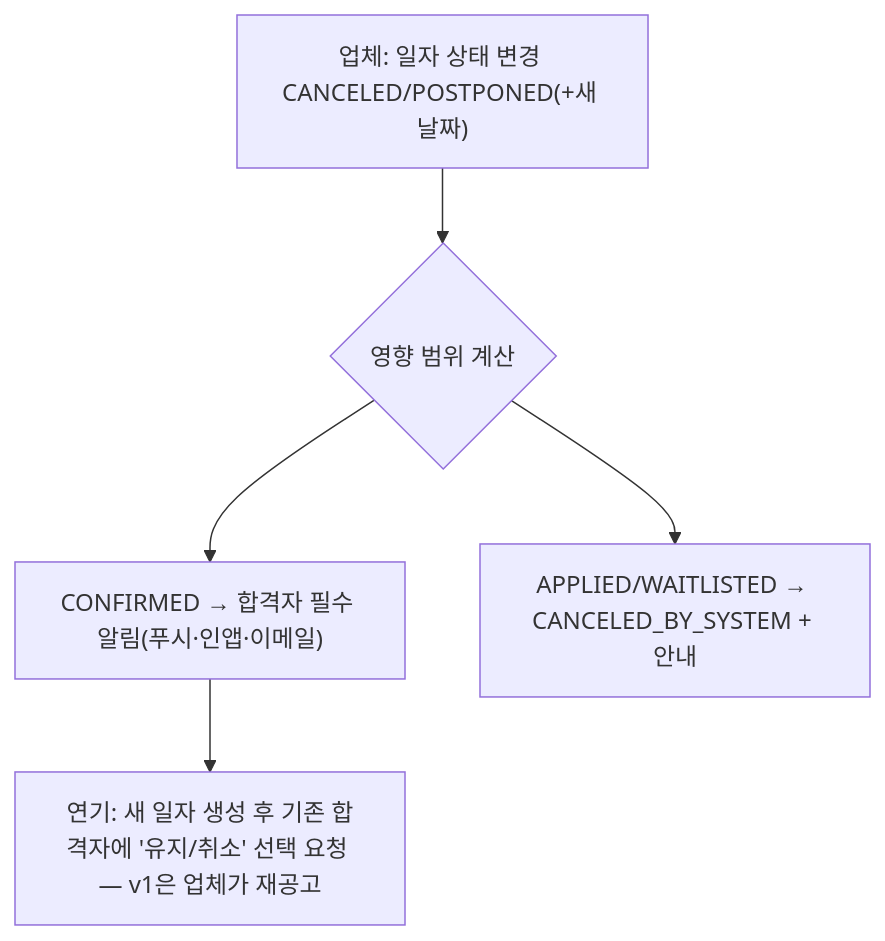
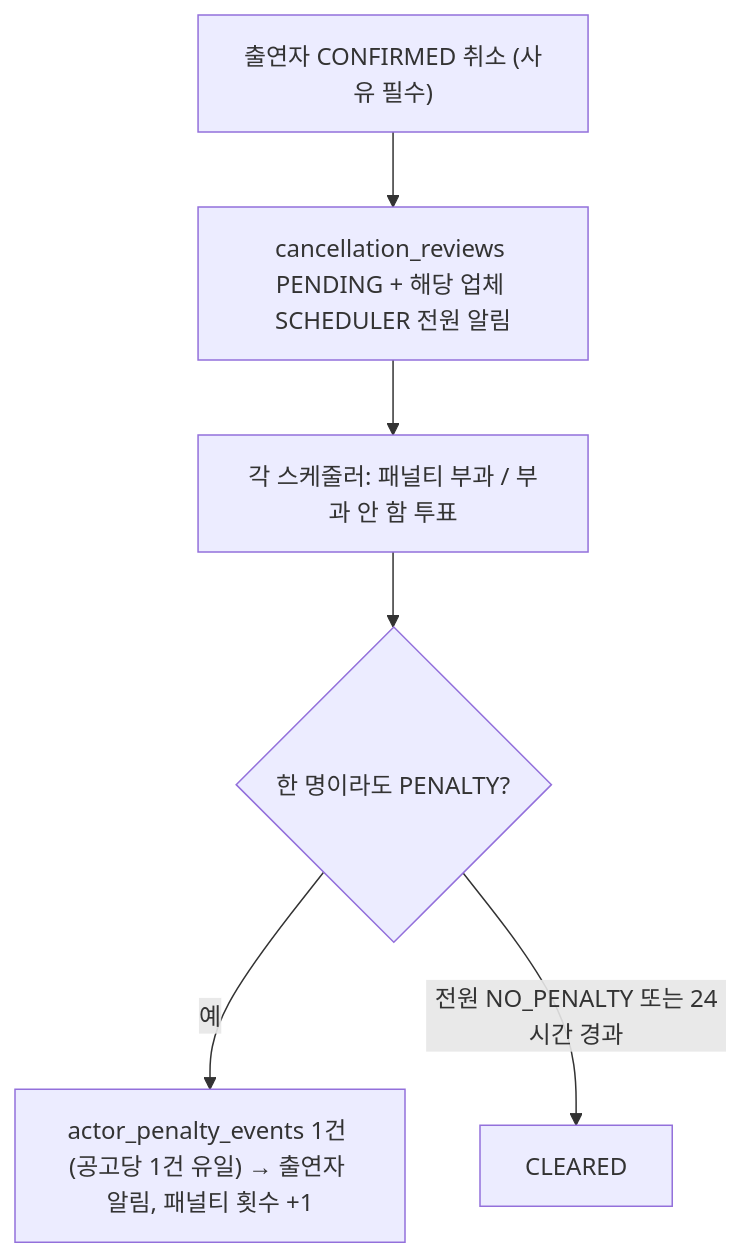
Before and after one commit to 7fsikMinQ/O: the ninth of 12 diagrams in docs/02_프로세스정의서.md, drawn with Mermaid. The commit also changed other lines of this file and 38 other files, not shown here.

````diff
--- a/docs/02_프로세스정의서.md
+++ b/docs/02_프로세스정의서.md
@@ -146,7 +164,8 @@
 ```mermaid
 flowchart TD
-  A["업체: 일자 상태 변경 CANCELED/POSTPONED(+새 날짜)"] --> B{영향 범위 계산}
-  B --> C["CONFIRMED → 합격자 필수 알림(푸시·인앱·이메일)"]
-  B --> D["APPLIED/WAITLISTED → CANCELED_BY_SYSTEM + 안내"]
-  C --> E["연기: 새 일자 생성 후 기존 합격자에 '유지/취소' 선택 요청 — v1은 업체가 재공고"]
+  A["출연자 CONFIRMED 취소 (사유 필수)"] --> B["cancellation_reviews PENDING + 해당 업체 SCHEDULER 전원 알림"]
+  B --> C["각 스케줄러: 패널티 부과 / 부과 안 함 투표"]
+  C --> D{"한 명이라도 PENALTY?"}
+  D -->|예| E["actor_penalty_events 1건 (공고당 1건 유일) → 출연자 알림, 패널티 횟수 +1"]
+  D -->|전원 NO_PENALTY 또는 24시간 경과| F["CLEARED"]
 ```
````
